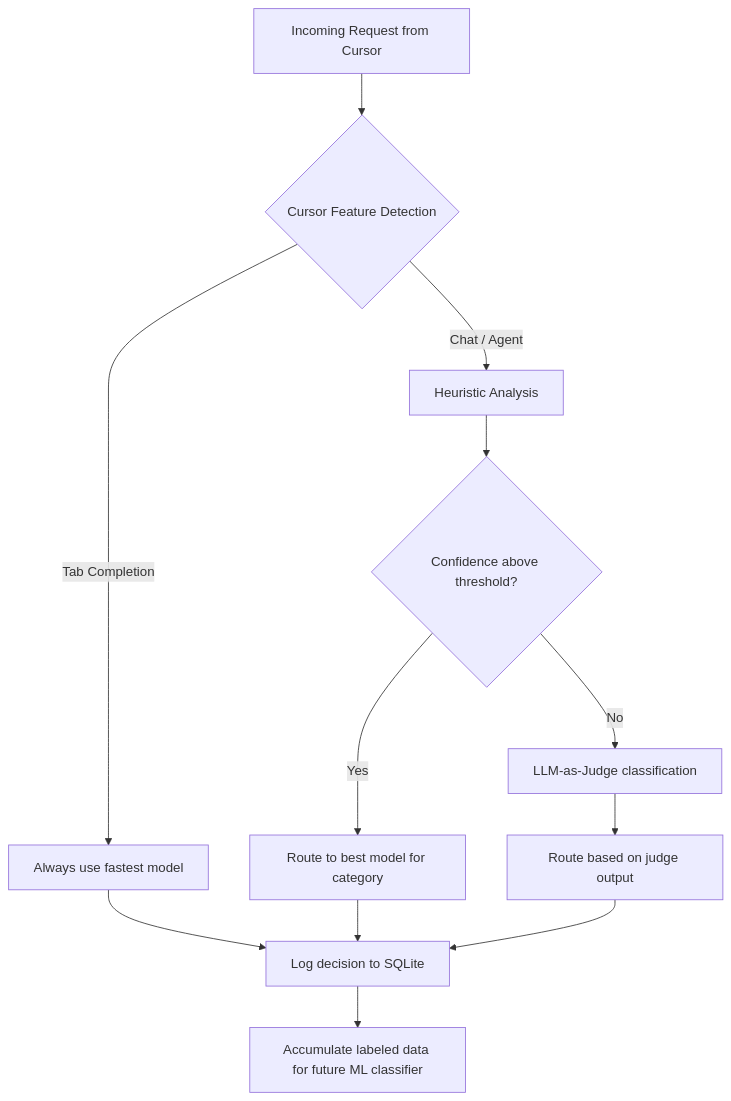
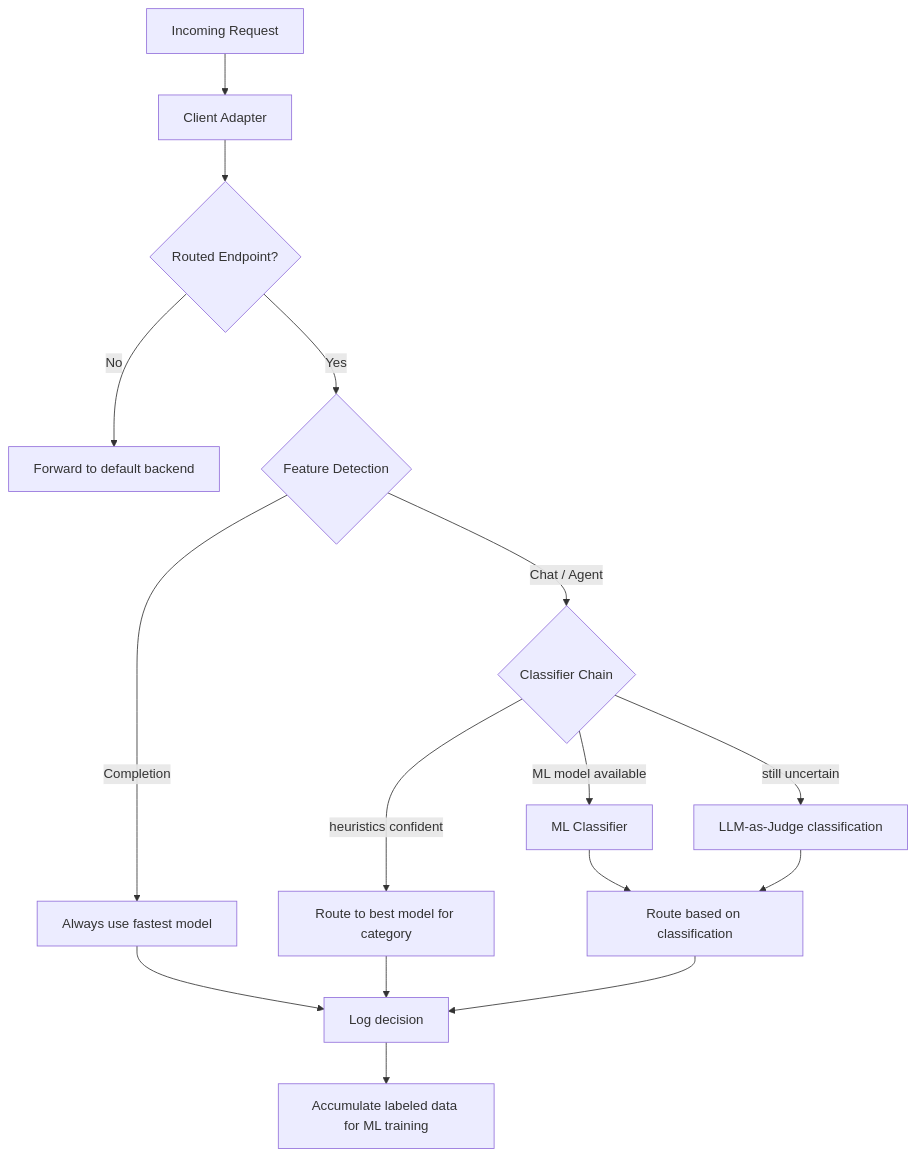
Before and after one commit to thsfranca/rex: the second of 3 diagrams in ARCHITECTURE.md, drawn with Mermaid. The commit also changed other lines of this file and 3 other files, not shown here.

````diff
--- a/ARCHITECTURE.md
+++ b/ARCHITECTURE.md
@@ -49,14 +98,18 @@
 ```mermaid
 flowchart TD
-    Request[Incoming Request from Cursor] --> FeatureDetect{Cursor Feature Detection}
-    FeatureDetect -->|Tab Completion| FastPath[Always use fastest model]
-    FeatureDetect -->|Chat / Agent| HeuristicAnalysis[Heuristic Analysis]
-    HeuristicAnalysis --> ConfidenceCheck{Confidence above threshold?}
-    ConfidenceCheck -->|Yes| RouteDirectly[Route to best model for category]
-    ConfidenceCheck -->|No| LLMJudge[LLM-as-Judge classification]
-    LLMJudge --> RouteClassified[Route based on judge output]
-    FastPath --> Log[Log decision to SQLite]
+    Request[Incoming Request] --> ClientAdapter[Client Adapter]
+    ClientAdapter --> EndpointCheck{Routed Endpoint?}
+    EndpointCheck -->|No| Passthrough[Forward to default backend]
+    EndpointCheck -->|Yes| FeatureDetect{Feature Detection}
+    FeatureDetect -->|Completion| FastPath[Always use fastest model]
+    FeatureDetect -->|Chat / Agent| ClassifierChain{Classifier Chain}
+    ClassifierChain -->|heuristics confident| RouteDirectly[Route to best model for category]
+    ClassifierChain -->|ML model available| MLClassify[ML Classifier]
+    ClassifierChain -->|still uncertain| LLMJudge[LLM-as-Judge classification]
+    MLClassify --> RouteClassified[Route based on classification]
+    LLMJudge --> RouteClassified
+    FastPath --> Log[Log decision]
     RouteDirectly --> Log
     RouteClassified --> Log
-    Log --> FeedbackData[Accumulate labeled data for future ML classifier]
+    Log --> FeedbackData[Accumulate labeled data for ML training]
 ```
````
